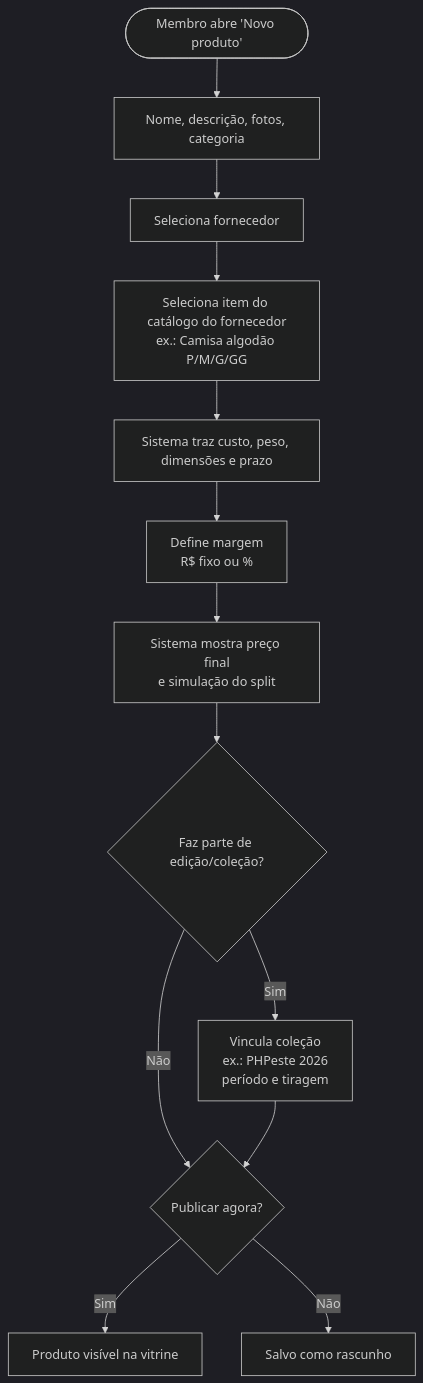
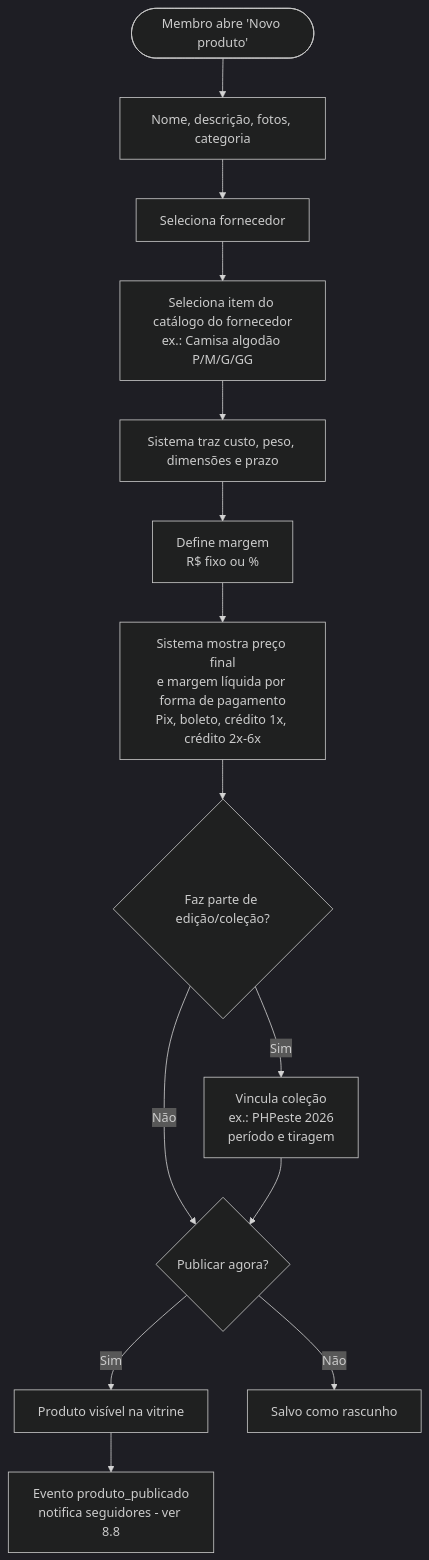
The seventh of 23 diagrams in modelo-de-negocios.md (BdsOliveira/loja-tech-brasil), drawn with Mermaid (dark theme) before and after one commit. The commit also changed other lines of this file, not shown here.

````diff
--- a/modelo-de-negocios.md
+++ b/modelo-de-negocios.md
@@ -262,15 +370,16 @@
 ```mermaid
 flowchart TD
     A([Membro abre 'Novo produto']) --> B[Nome, descrição, fotos, categoria]
     B --> C[Seleciona fornecedor]
     C --> D[Seleciona item do catálogo do fornecedor<br/>ex.: Camisa algodão P/M/G/GG]
     D --> E[Sistema traz custo, peso, dimensões e prazo]
     E --> F[Define margem<br/>R$ fixo ou %]
-    F --> G[Sistema mostra preço final<br/>e simulação do split]
+    F --> G[Sistema mostra preço final<br/>e margem líquida por forma de pagamento<br/>Pix, boleto, crédito 1x, crédito 2x-6x]
     G --> H{Faz parte de edição/coleção?}
     H -- Sim --> I[Vincula coleção<br/>ex.: PHPeste 2026<br/>período e tiragem]
     H -- Não --> J
     I --> J{Publicar agora?}
     J -- Sim --> K[Produto visível na vitrine]
+    K --> K2[Evento produto_publicado<br/>notifica seguidores - ver 8.8]
     J -- Não --> L[Salvo como rascunho]
 ```
````
